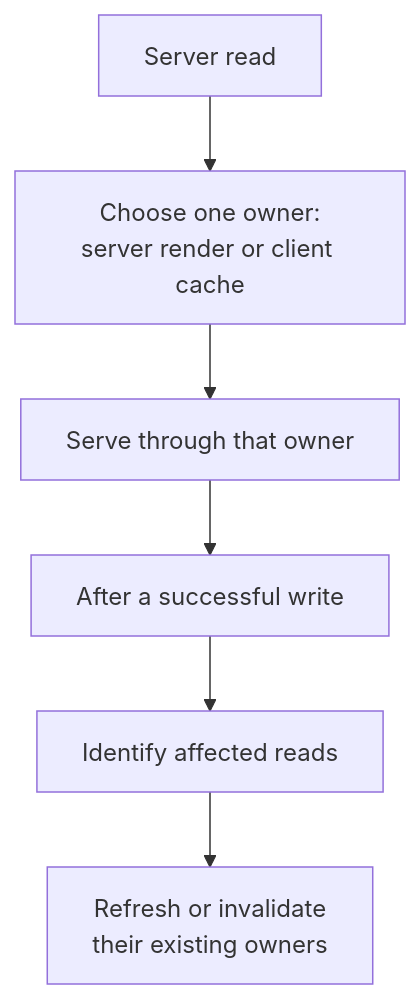
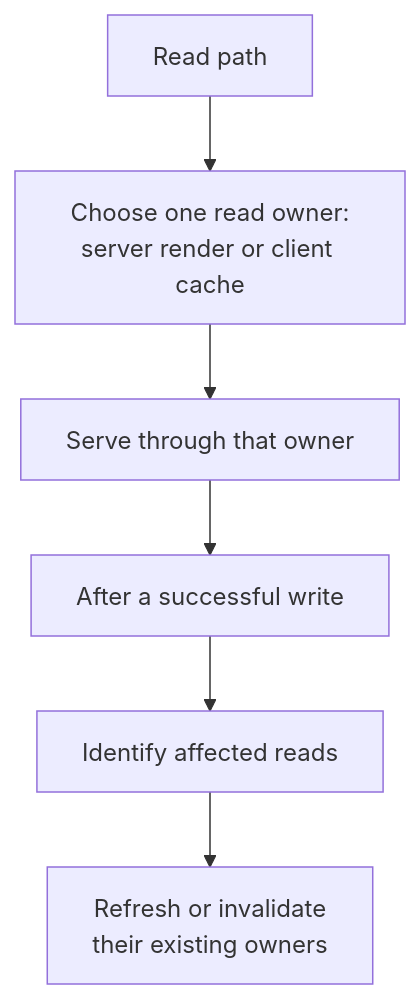
Before and after one commit to clicktronix/nextjs-clean-skills: the sixth of 6 diagrams in docs/runtime-boundaries.md, drawn with Mermaid. The commit also changed other lines of this file and 15 other files, not shown here.

Commit message:
Fix architecture contract review findings

````diff
--- a/docs/runtime-boundaries.md
+++ b/docs/runtime-boundaries.md
@@ -172,10 +171,10 @@
 ```mermaid
 flowchart TB
-  accTitle: Cache ownership lifecycle
-  accDescr: Each server read chooses one cache owner, and later writes refresh that existing owner instead of creating another copy.
-  Read["Server read"] --> Owner["Choose one owner:<br/>server render or client cache"]
+  accTitle: Read ownership and invalidation
+  accDescr: Each read path chooses one owner, and later writes refresh that existing owner instead of creating another copy.
+  Read["Read path"] --> Owner["Choose one read owner:<br/>server render or client cache"]
   Owner --> Serve["Serve through that owner"]
   Serve --> Write["After a successful write"]
   Write --> Affected["Identify affected reads"]
   Affected --> Invalidate["Refresh or invalidate<br/>their existing owners"]
 ```
````
